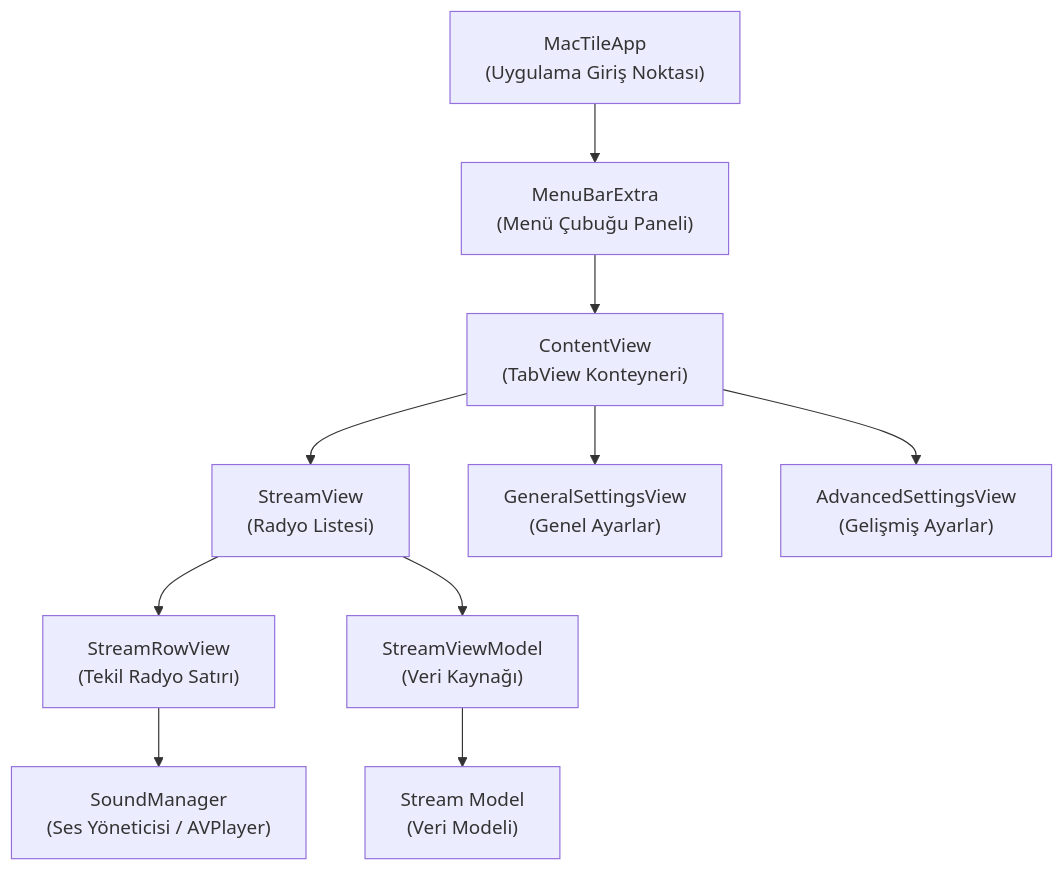
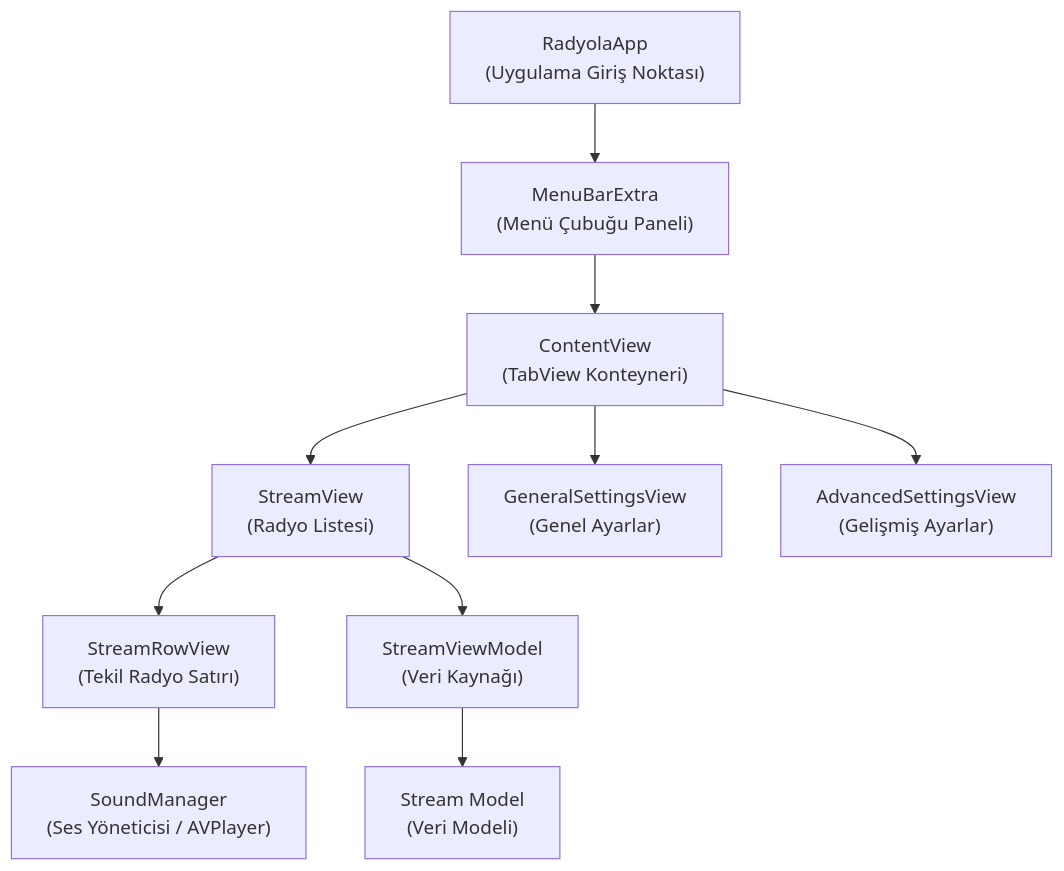
One commit to aripdcem/radyola changed the first of 2 diagrams in macosx/README.md. Above: the diagram before and after it, drawn with Mermaid. The commit also changed other lines of this file and 18 other files, not shown here.

First line of the commit message:
rename: MacTile → Radyola across entire macOS project

````diff
--- a/macosx/README.md
+++ b/macosx/README.md
@@ -20,12 +20,12 @@
 ```mermaid
 graph TD
-    A["MacTileApp<br/>(Uygulama Giriş Noktası)"] --> B["MenuBarExtra<br/>(Menü Çubuğu Paneli)"]
+    A["RadyolaApp<br/>(Uygulama Giriş Noktası)"] --> B["MenuBarExtra<br/>(Menü Çubuğu Paneli)"]
     B --> C["ContentView<br/>(TabView Konteyneri)"]
     C --> D["StreamView<br/>(Radyo Listesi)"]
     C --> E["GeneralSettingsView<br/>(Genel Ayarlar)"]
     C --> F["AdvancedSettingsView<br/>(Gelişmiş Ayarlar)"]
     D --> G["StreamRowView<br/>(Tekil Radyo Satırı)"]
     G --> H["SoundManager<br/>(Ses Yöneticisi / AVPlayer)"]
     D --> I["StreamViewModel<br/>(Veri Kaynağı)"]
     I --> J["Stream Model<br/>(Veri Modeli)"]
 ```
````
